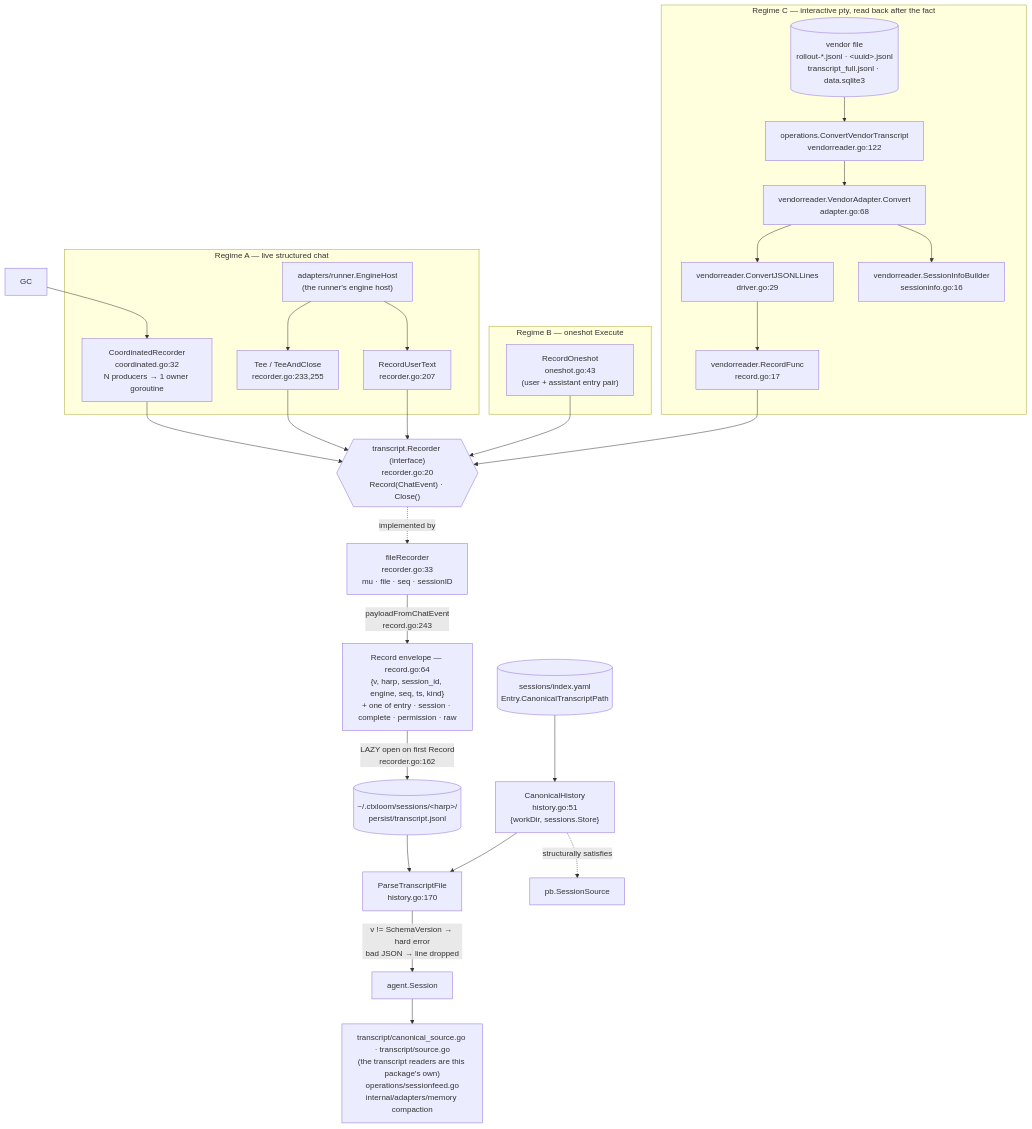
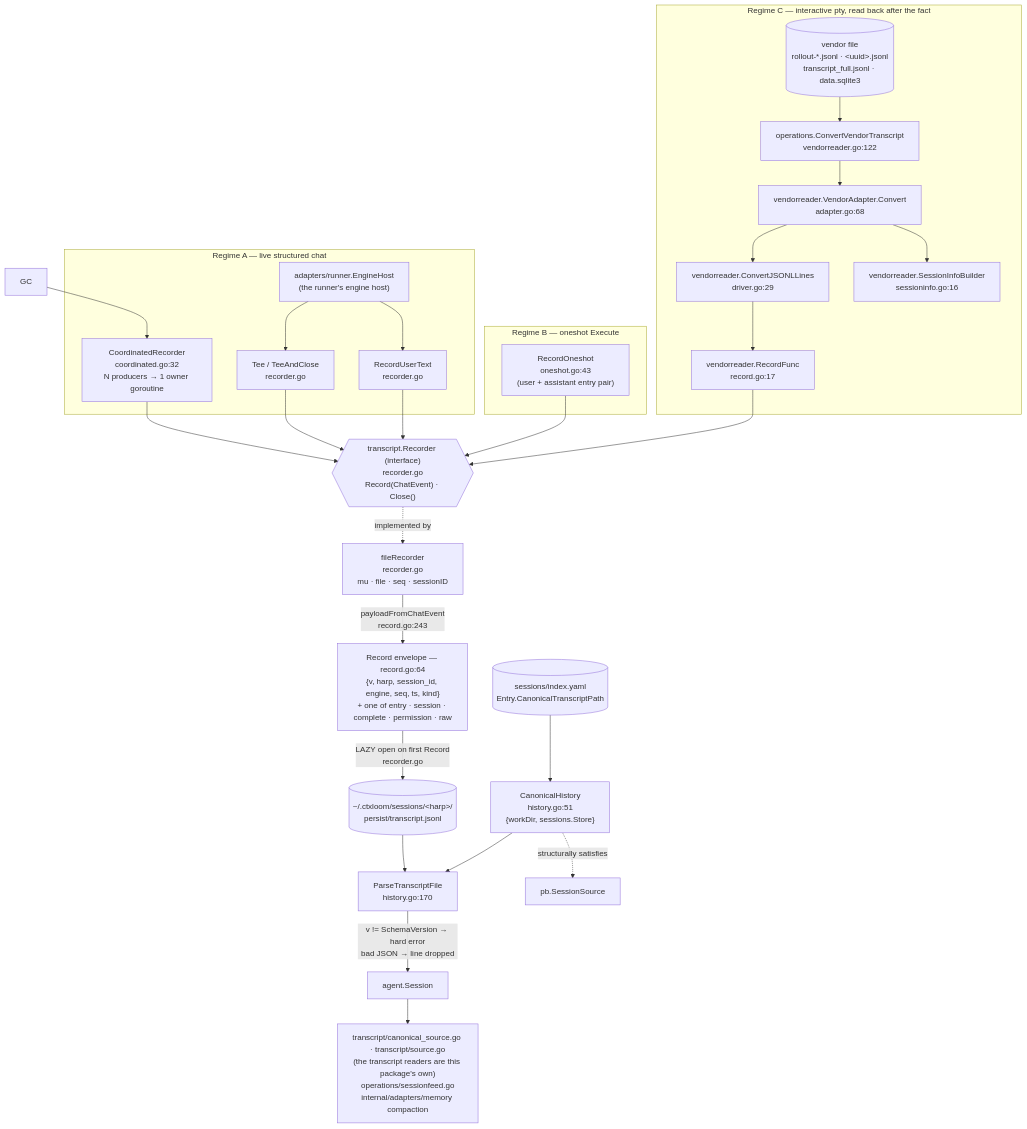
The first of 2 diagrams in docs/architecture/companions/transcript.md (ctxloom/ctxloom), drawn with Mermaid before and after one commit. The commit also changed other lines of this file and 1 other file, not shown here.

First line of the commit message:
docs(architecture): transcript recorder and mintToken contracts match the code

````diff
--- a/docs/architecture/companions/transcript.md
+++ b/docs/architecture/companions/transcript.md
@@ -23,46 +23,46 @@
 ```mermaid
 flowchart TD
     subgraph live["Regime A — live structured chat"]
       EH["adapters/runner.EngineHost<br/>(the runner's engine host)"]
       CR["CoordinatedRecorder<br/>coordinated.go:32<br/>N producers → 1 owner goroutine"]
-      TEE["Tee / TeeAndClose<br/>recorder.go:233,255"]
-      RUT["RecordUserText<br/>recorder.go:207"]
+      TEE["Tee / TeeAndClose<br/>recorder.go"]
+      RUT["RecordUserText<br/>recorder.go"]
     end
 
     subgraph oneshot["Regime B — oneshot Execute"]
       RO["RecordOneshot<br/>oneshot.go:43<br/>(user + assistant entry pair)"]
     end
 
     subgraph vendor["Regime C — interactive pty, read back after the fact"]
       VF[("vendor file<br/>rollout-*.jsonl · &lt;uuid&gt;.jsonl<br/>transcript_full.jsonl · data.sqlite3")]
       CVT["operations.ConvertVendorTranscript<br/>vendorreader.go:122"]
       VA["vendorreader.VendorAdapter.Convert<br/>adapter.go:68"]
       DRV["vendorreader.ConvertJSONLLines<br/>driver.go:29"]
       SIB["vendorreader.SessionInfoBuilder<br/>sessioninfo.go:16"]
       RF["vendorreader.RecordFunc<br/>record.go:17"]
     end
 
     GC --> CR
     EH --> TEE
     EH --> RUT
     CR --> RECI
     TEE --> RECI
     RUT --> RECI
     RO --> RECI
     VF --> CVT --> VA --> DRV
     VA --> SIB
     DRV --> RF --> RECI
 
-    RECI{{"transcript.Recorder (interface)<br/>recorder.go:20<br/>Record(ChatEvent) · Close()"}}
-    RECI -.implemented by.-> FR["fileRecorder<br/>recorder.go:33<br/>mu · file · seq · sessionID"]
+    RECI{{"transcript.Recorder (interface)<br/>recorder.go<br/>Record(ChatEvent) · Close()"}}
+    RECI -.implemented by.-> FR["fileRecorder<br/>recorder.go<br/>mu · file · seq · sessionID"]
 
     FR -->|"payloadFromChatEvent<br/>record.go:243"| REC["Record envelope — record.go:64<br/>{v, harp, session_id, engine, seq, ts, kind}<br/>+ one of entry · session · complete · permission · raw"]
-    REC -->|"LAZY open on first Record<br/>recorder.go:162"| DISK[("~/.ctxloom/sessions/&lt;harp&gt;/<br/>persist/transcript.jsonl")]
+    REC -->|"LAZY open on first Record<br/>recorder.go"| DISK[("~/.ctxloom/sessions/&lt;harp&gt;/<br/>persist/transcript.jsonl")]
 
     DISK --> PTF["ParseTranscriptFile<br/>history.go:170"]
     PTF -->|"v != SchemaVersion → hard error<br/>bad JSON → line dropped"| SESS["agent.Session"]
     CH["CanonicalHistory<br/>history.go:51<br/>{workDir, sessions.Store}"] --> PTF
     CH -.structurally satisfies.-> PBS["pb.SessionSource"]
     IDX[("sessions/index.yaml<br/>Entry.CanonicalTranscriptPath")] --> CH
     SESS --> CONS["transcript/canonical_source.go · transcript/source.go<br/>(the transcript readers are this package's own)<br/>operations/sessionfeed.go<br/>internal/adapters/memory compaction"]
 ```
````
